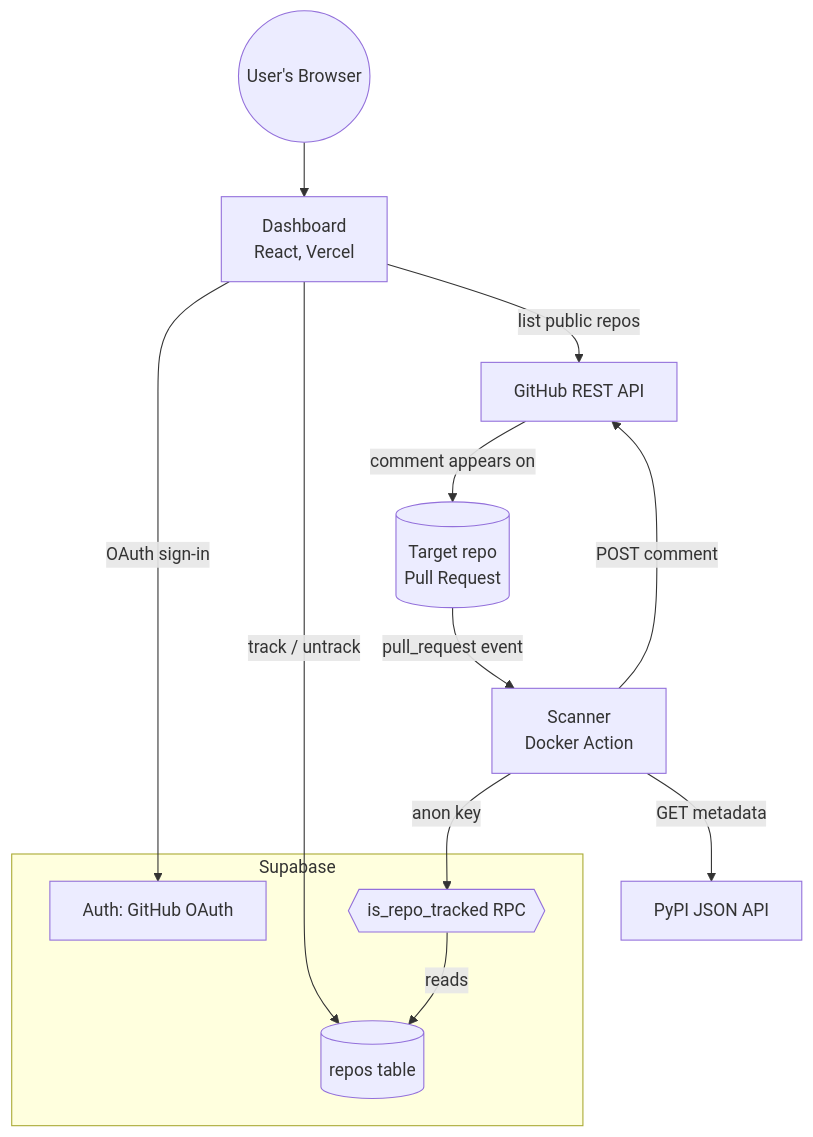
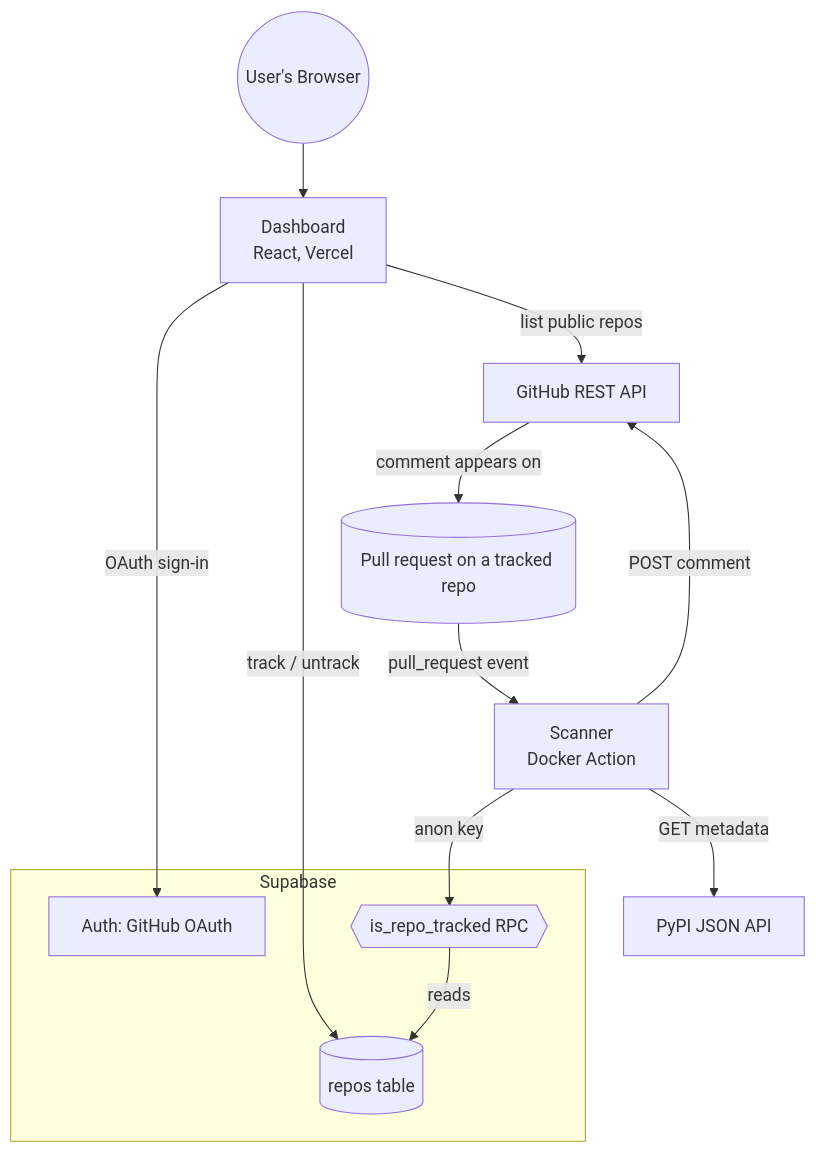
One commit to dxfeng/deprecation-auditor changed the diagram in README.md. Above: the diagram before and after it, drawn with Mermaid.

Commit message:
Modified mermaid

````diff
--- a/README.md
+++ b/README.md
@@ -26,21 +26,21 @@
 ```mermaid
 flowchart TD
     Browser((User's Browser)) --> Dashboard[Dashboard\nReact, Vercel]
 
     subgraph Supabase["Supabase"]
         AuthSvc[Auth: GitHub OAuth]
         ReposTable[(repos table)]
         RPC{{is_repo_tracked RPC}}
     end
 
     Dashboard -->|OAuth sign-in| AuthSvc
     Dashboard -->|track / untrack| ReposTable
     Dashboard -->|list public repos| GitHub[GitHub REST API]
 
-    Repo[(Target repo\nPull Request)] -->|pull_request event| Scanner[Scanner\nDocker Action]
+    Repo[(Pull request on a tracked repo)] -->|pull_request event| Scanner[Scanner\nDocker Action]
     Scanner -->|anon key| RPC
     RPC -->|reads| ReposTable
     Scanner -->|GET metadata| PyPI[PyPI JSON API]
     Scanner -->|POST comment| GitHub
     GitHub -->|comment appears on| Repo
 ```
````
